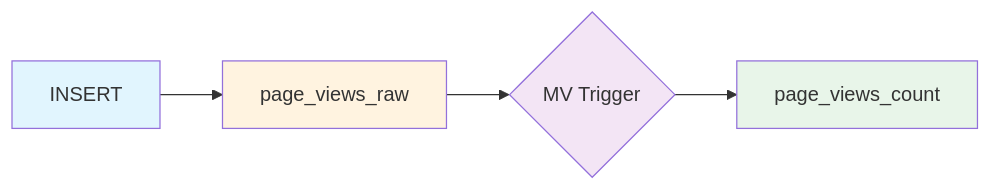
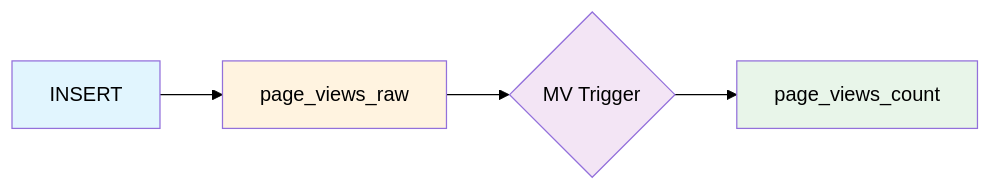
Before and after one commit to ClickHouse/ClickHouse_Demos: the first of 6 diagrams in incremental_materialized_views/README.md, drawn with Mermaid. The commit also changed other lines of this file and 15 other files, not shown here.

````diff
--- a/incremental_materialized_views/README.md
+++ b/incremental_materialized_views/README.md
@@ -65,11 +65,12 @@
 ```mermaid
+%%{init: {'themeVariables': {'primaryTextColor': '#000000', 'lineColor': '#000000'}}}%%
 flowchart LR
     A[INSERT] --> B[page_views_raw]
     B --> C{MV Trigger}
     C --> D[page_views_count]
 
-    style A fill:#e1f5fe
-    style B fill:#fff3e0
-    style C fill:#f3e5f5
-    style D fill:#e8f5e9
+    style A fill:#e1f5fe,color:#000000
+    style B fill:#fff3e0,color:#000000
+    style C fill:#f3e5f5,color:#000000
+    style D fill:#e8f5e9,color:#000000
 ```
````
